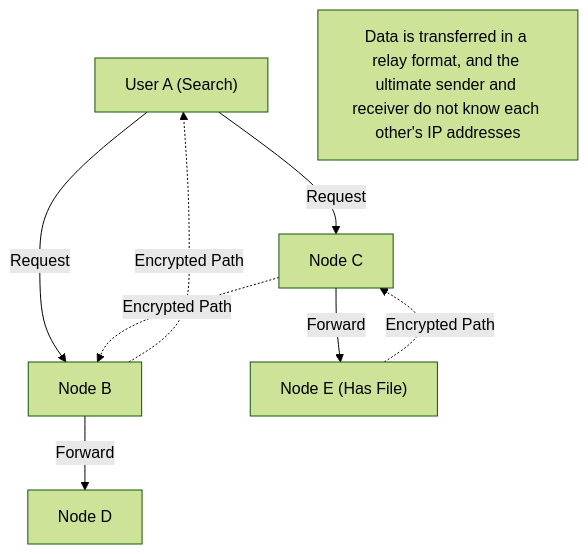
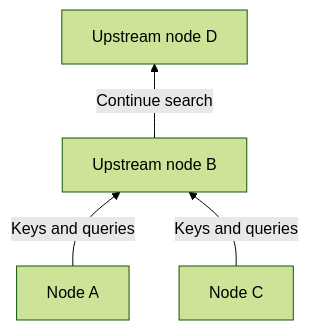
Before and after one commit to kenjinote/blog: the first of 2 diagrams in content/post/history-of-winny/index.en.md, drawn with Mermaid (forest theme). The commit also changed other lines of this file and 13 other files, not shown here.

````diff
--- a/content/post/history-of-winny/index.en.md
+++ b/content/post/history-of-winny/index.en.md
@@ -52,11 +47,6 @@
 ```mermaid
-graph TD
-    NodeA["User A (Search)"] -->|"Request"| NodeB["Node B"]
-    NodeA -->|"Request"| NodeC["Node C"]
-    NodeB -->|"Forward"| NodeD["Node D"]
-    NodeC -->|"Forward"| NodeE["Node E (Has File)"]
-    NodeE -.->|"Encrypted Path"| NodeC
-    NodeC -.->|"Encrypted Path"| NodeB
-    NodeB -.->|"Encrypted Path"| NodeA
-    Note["Data is transferred in a relay format, and the ultimate sender and receiver do not know each other's IP addresses"]
+flowchart BT
+    A["Node A"] -->|"Keys and queries"| B["Upstream node B"]
+    C["Node C"] -->|"Keys and queries"| B
+    B -->|"Continue search"| D["Upstream node D"]
 ```
````
